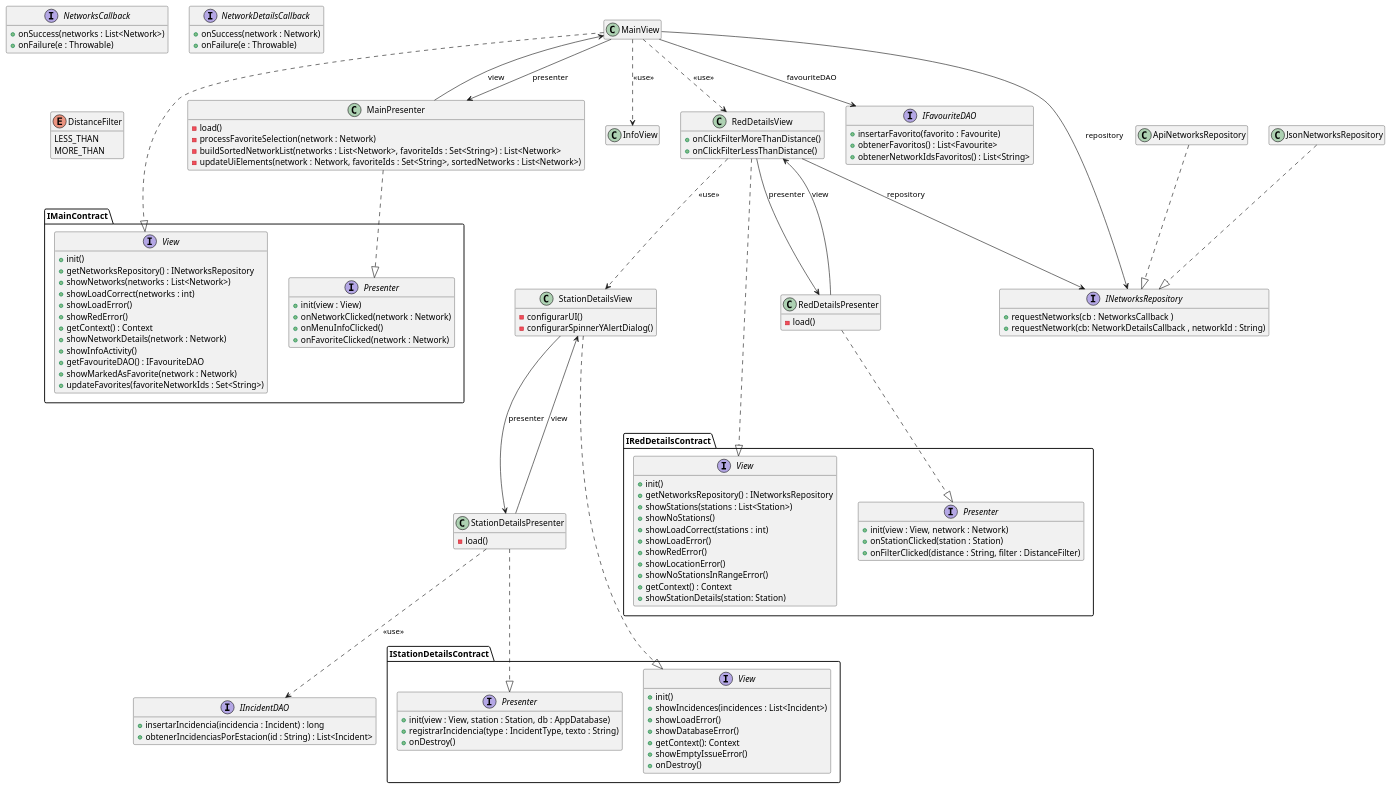
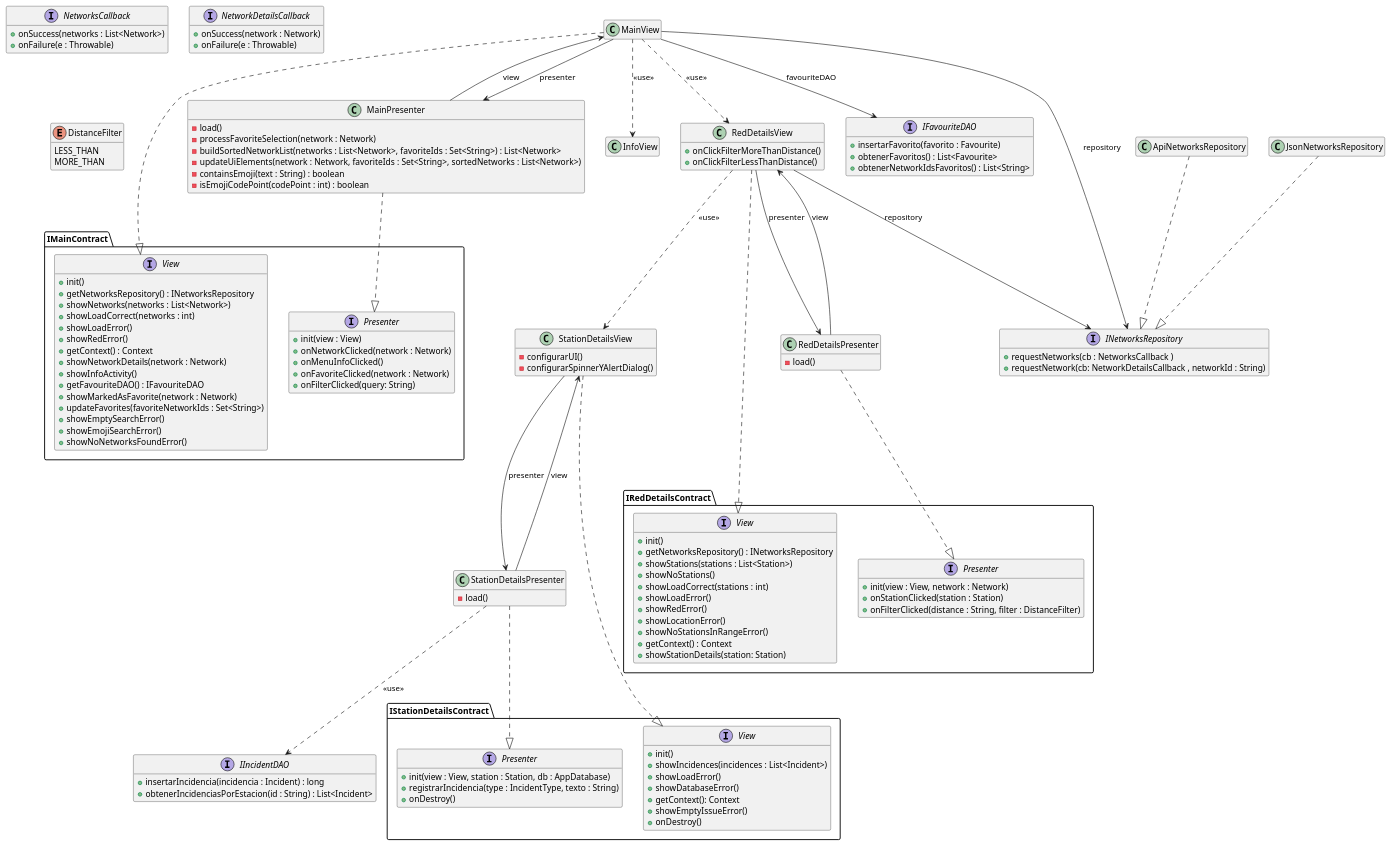
One commit to isunican/App-Bicis-Grupo1 changed the diagram in Docs/Models/architecture.puml. Above: the diagram before and after it, drawn with PlantUML. The commit also changed 4 other files, not shown here.

```diff
--- a/Docs/Models/architecture.puml
+++ b/Docs/Models/architecture.puml
@@ -1,152 +1,158 @@
 @startuml architecture
 
 hide empty members
 
 MainView ..|> IMainContract.View
 MainPresenter ..|> IMainContract.Presenter
 MainView --> INetworksRepository : repository
 ApiNetworksRepository ..|> INetworksRepository
 JsonNetworksRepository ..|> INetworksRepository
 MainView --> MainPresenter : presenter
 MainPresenter --> MainView : view
 MainView ..> InfoView : <<use>>
 MainView ..> RedDetailsView : <<use>>
 RedDetailsView ..> StationDetailsView : <<use>>
 
 RedDetailsView ..|> IRedDetailsContract.View
 RedDetailsPresenter ..|> IRedDetailsContract.Presenter
 RedDetailsView --> INetworksRepository : repository
 RedDetailsView --> RedDetailsPresenter : presenter
 RedDetailsPresenter --> RedDetailsView : view
 MainView --> IFavouriteDAO : favouriteDAO
 
 StationDetailsView ..|> IStationDetailsContract.View
 StationDetailsPresenter ..|> IStationDetailsContract.Presenter
 StationDetailsView --> StationDetailsPresenter : presenter
 StationDetailsPresenter --> StationDetailsView : view
 StationDetailsPresenter ..> IIncidentDAO : <<use>>
 
 
 class MainView {
 }
 
 class MainPresenter {
     -load()
     - processFavoriteSelection(network : Network)
     - buildSortedNetworkList(networks : List<Network>, favoriteIds : Set<String>) : List<Network>
     - updateUiElements(network : Network, favoriteIds : Set<String>, sortedNetworks : List<Network>)
+    - containsEmoji(text : String) : boolean
+    - isEmojiCodePoint(codePoint : int) : boolean
 }
 
 class InfoView
 
 class StationDetailsView{
     - configurarUI()
     - configurarSpinnerYAlertDialog()
 }
 
 class StationDetailsPresenter {
     -load()
 }
 
 
 class RedDetailsView {
     +onClickFilterMoreThanDistance()
     +onClickFilterLessThanDistance()
 }
 class RedDetailsPresenter {
     -load()
 }
 
 class ApiNetworksRepository
 class JsonNetworksRepository
 
 interface IFavouriteDAO {
     + insertarFavorito(favorito : Favourite)
     + obtenerFavoritos() : List<Favourite>
     + obtenerNetworkIdsFavoritos() : List<String>
 }
 
 interface IMainContract.View {
     + init()
     + getNetworksRepository() : INetworksRepository
     + showNetworks(networks : List<Network>)
     + showLoadCorrect(networks : int)
     + showLoadError()
     + showRedError()
     + getContext() : Context
     + showNetworkDetails(network : Network)
     + showInfoActivity()
     + getFavouriteDAO() : IFavouriteDAO
     + showMarkedAsFavorite(network : Network)
     + updateFavorites(favoriteNetworkIds : Set<String>)
+    + showEmptySearchError()
+    + showEmojiSearchError()
+    + showNoNetworksFoundError()
 }
 
 interface IMainContract.Presenter {
     + init(view : View)
     + onNetworkClicked(network : Network)
     + onMenuInfoClicked()
     + onFavoriteClicked(network : Network)
+    + onFilterClicked(query: String)
 }
 
 interface IRedDetailsContract.View {
     + init()
     + getNetworksRepository() : INetworksRepository
     + showStations(stations : List<Station>)
     + showNoStations()
     + showLoadCorrect(stations : int)
     + showLoadError()
     + showRedError()
     + showLocationError()
     + showNoStationsInRangeError()
     + getContext() : Context
     + showStationDetails(station: Station)
 }
 
 interface IRedDetailsContract.Presenter {
     + init(view : View, network : Network)
     + onStationClicked(station : Station)
     + onFilterClicked(distance : String, filter : DistanceFilter)
 }
 
 interface INetworksRepository {
     + requestNetworks(cb : NetworksCallback )
     + requestNetwork(cb: NetworkDetailsCallback , networkId : String)
 }
 
 interface NetworksCallback {
     + onSuccess(networks : List<Network>)
     + onFailure(e : Throwable)
 }
 
 interface NetworkDetailsCallback {
     + onSuccess(network : Network)
     + onFailure(e : Throwable)
 }
 
 enum DistanceFilter {
     LESS_THAN
     MORE_THAN
 }
 
 interface IStationDetailsContract.Presenter {
     + init(view : View, station : Station, db : AppDatabase)
     + registrarIncidencia(type : IncidentType, texto : String)
     + onDestroy()
 }
 
 interface IStationDetailsContract.View {
     + init()
     + showIncidences(incidences : List<Incident>)
     + showLoadError()
     + showDatabaseError()
     + getContext(): Context
     + showEmptyIssueError()
     + onDestroy()
 }
 
 interface IIncidentDAO {
     + insertarIncidencia(incidencia : Incident) : long
     + obtenerIncidenciasPorEstacion(id : String) : List<Incident>
 }
 
 @enduml
```
